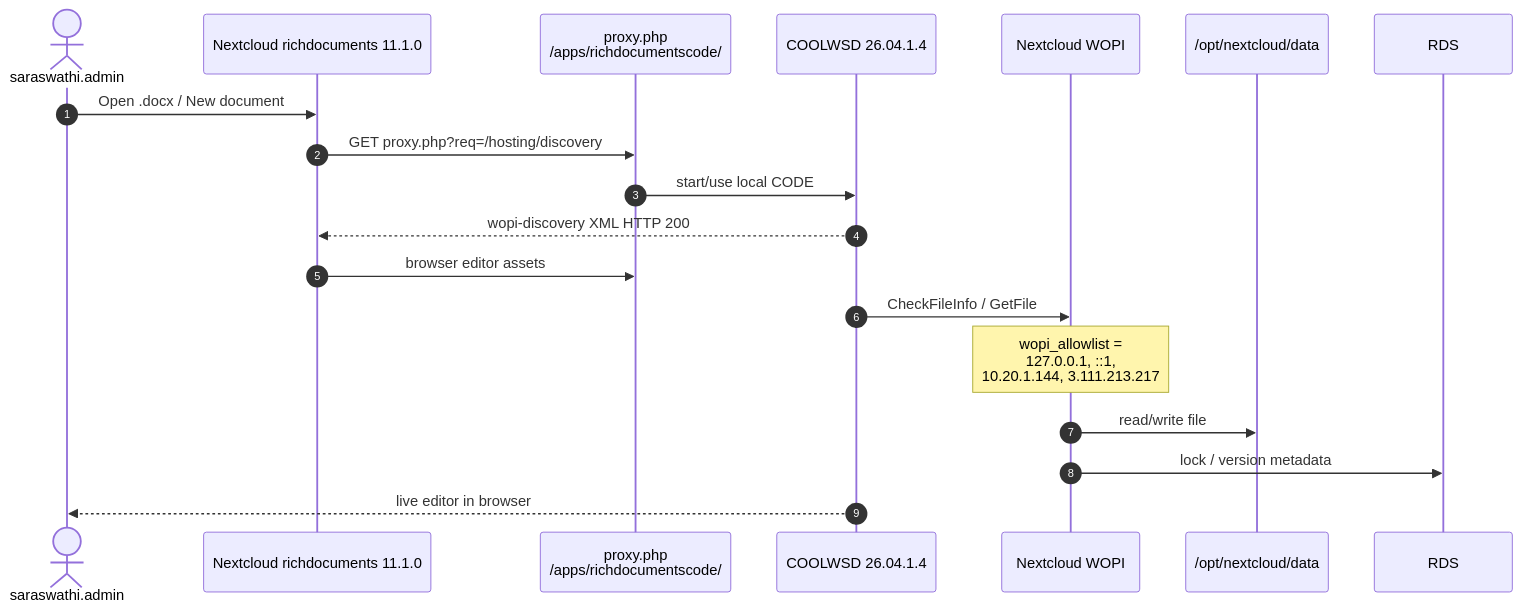
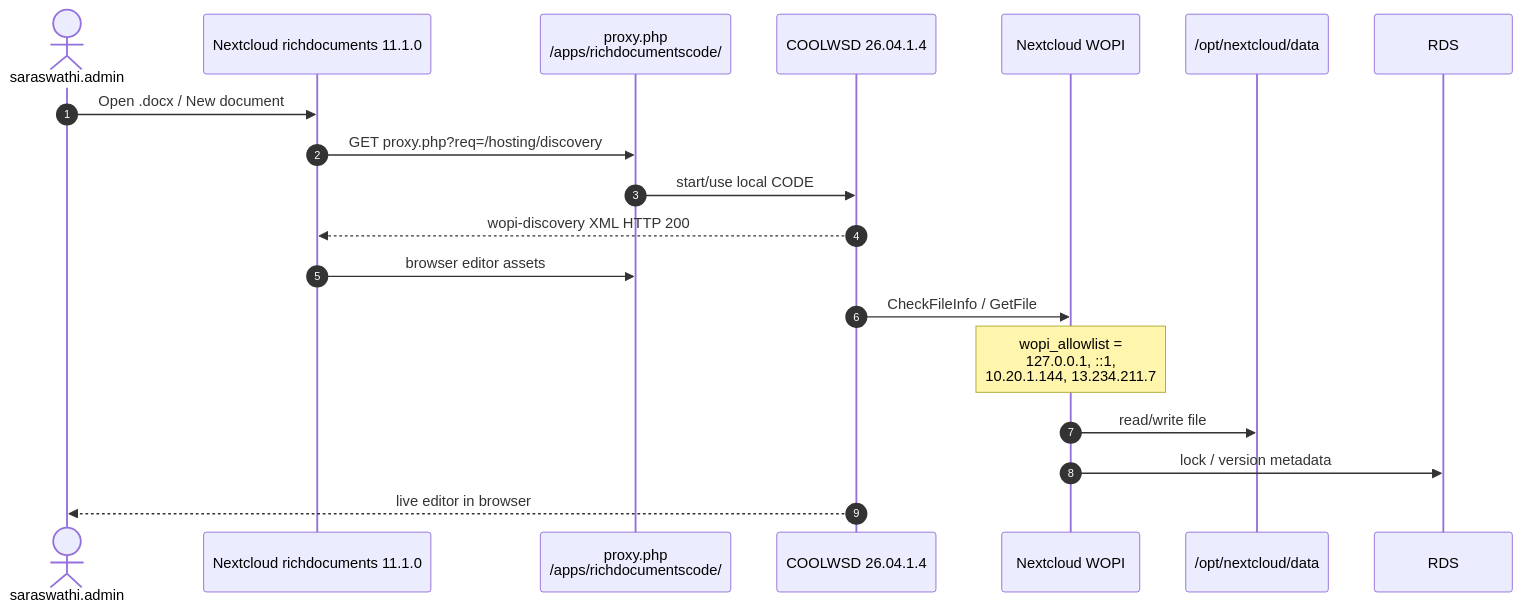
Before and after one commit to logeshps02/saraswathi_configs: the sixth of 10 diagrams in 02-architecture/TECHNICAL_SNAPSHOT_AND_FLOW.md, drawn with Mermaid. The commit also changed other lines of this file and 17 other files, not shown here.

````diff
--- a/02-architecture/TECHNICAL_SNAPSHOT_AND_FLOW.md
+++ b/02-architecture/TECHNICAL_SNAPSHOT_AND_FLOW.md
@@ -185,22 +185,22 @@
 ```mermaid
 sequenceDiagram
   autonumber
   actor Admin as saraswathi.admin
   participant NC as Nextcloud richdocuments 11.1.0
   participant PX as proxy.php<br/>/apps/richdocumentscode/
   participant CODE as COOLWSD 26.04.1.4
   participant WOPI as Nextcloud WOPI
   participant DISK as /opt/nextcloud/data
   participant RDS as RDS
 
   Admin->>NC: Open .docx / New document
   NC->>PX: GET proxy.php?req=/hosting/discovery
   PX->>CODE: start/use local CODE
   CODE-->>NC: wopi-discovery XML HTTP 200
   NC->>PX: browser editor assets
   CODE->>WOPI: CheckFileInfo / GetFile
-  Note over WOPI: wopi_allowlist =<br/>127.0.0.1, ::1,<br/>10.20.1.144, 3.111.213.217
+  Note over WOPI: wopi_allowlist =<br/>127.0.0.1, ::1,<br/>10.20.1.144, 13.234.211.7
   WOPI->>DISK: read/write file
   WOPI->>RDS: lock / version metadata
   CODE-->>Admin: live editor in browser
 ```
````
